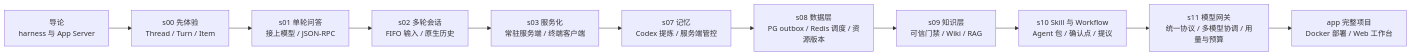
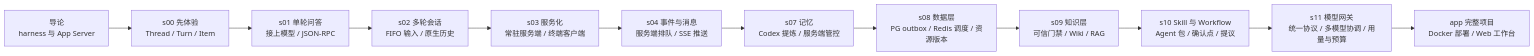
Before and after one commit to pengcong2020520/learn-codex-harness: the diagram in README.md, drawn with Mermaid. The commit also changed other lines of this file and 66 other files, not shown here.

````diff
--- a/README.md
+++ b/README.md
@@ -11,13 +11,14 @@
 ```mermaid
 flowchart LR
   intro["导论<br/>harness 与 App Server"] --> s00["s00 先体验<br/>Thread / Turn / Item"]
   s00 --> s01["s01 单轮问答<br/>接上模型 / JSON-RPC"]
   s01 --> s02["s02 多轮会话<br/>FIFO 输入 / 原生历史"]
   s02 --> s03["s03 服务化<br/>常驻服务端 / 终端客户端"]
-  s03 --> s07["s07 记忆<br/>Codex 提炼 / 服务端管控"]
+  s03 --> s04["s04 事件与消息<br/>服务端排队 / SSE 推送"]
+  s04 --> s07["s07 记忆<br/>Codex 提炼 / 服务端管控"]
   s07 --> s08["s08 数据层<br/>PG outbox / Redis 调度 / 资源版本"]
   s08 --> s09["s09 知识层<br/>可信门禁 / Wiki / RAG"]
   s09 --> s10["s10 Skill 与 Workflow<br/>Agent 包 / 确认点 / 提议"]
   s10 --> s11["s11 模型网关<br/>统一协议 / 多模型协调 / 用量与预算"]
   s11 --> app["app 完整项目<br/>Docker 部署 / Web 工作台"]
 ```
````
